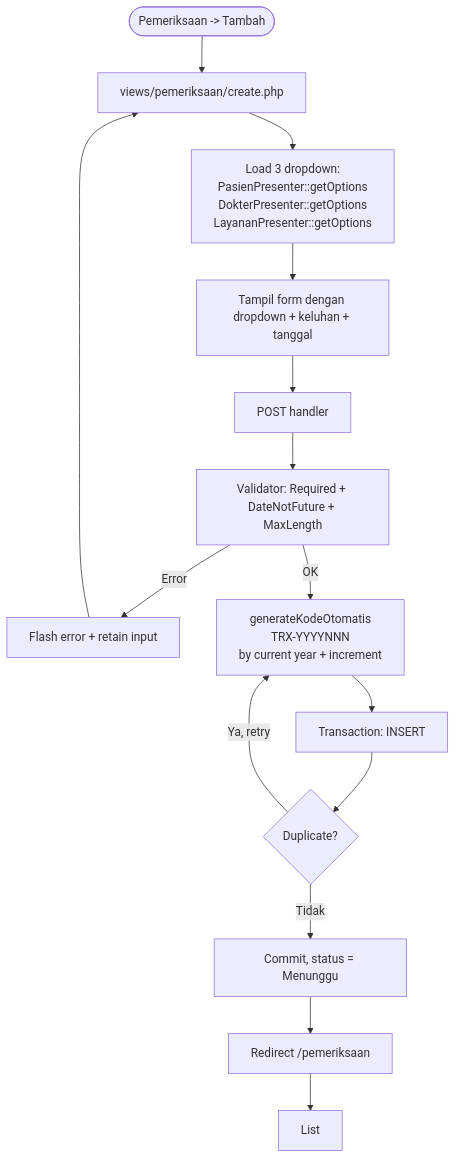
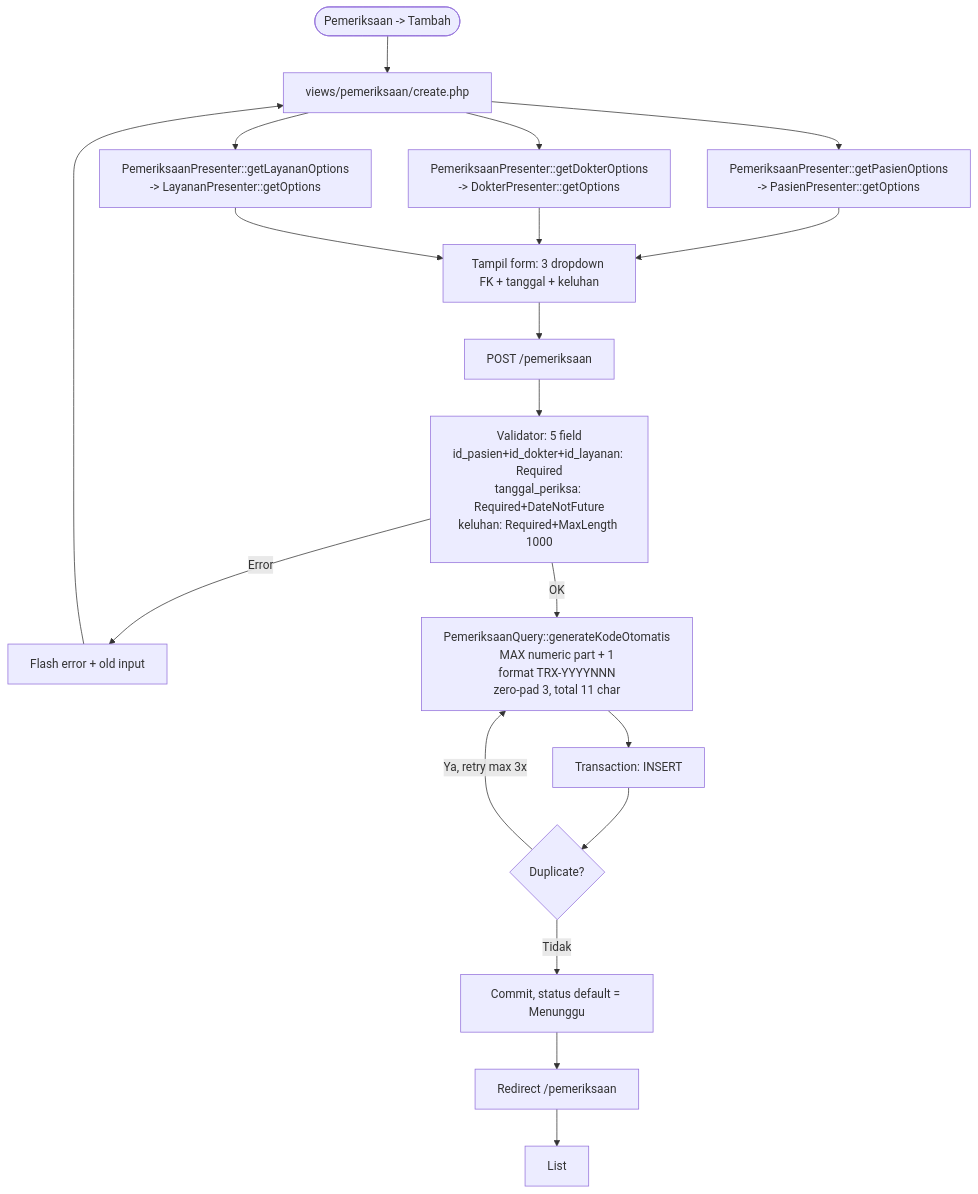
The sixth of 13 diagrams in docs/business-logic.md (TudeOrangBiasa/silk-swarakarna-uas), drawn with Mermaid before and after one commit. The commit also changed other lines of this file and 1 other file, not shown here.

First line of the commit message:
docs: full sync architecture + business-logic with codebase

````diff
--- a/docs/business-logic.md
+++ b/docs/business-logic.md
@@ -157,17 +187,19 @@
 ```mermaid
 flowchart TD
     Start([Pemeriksaan -> Tambah]) --> Form[views/pemeriksaan/create.php]
-    Form --> Load[Load 3 dropdown:<br/>PasienPresenter::getOptions<br/>DokterPresenter::getOptions<br/>LayananPresenter::getOptions]
-    Load --> Show[Tampil form dengan dropdown + keluhan + tanggal]
-    Show --> Submit[POST handler]
-    Submit --> Validate[Validator: Required + DateNotFuture + MaxLength]
-    Validate -->|Error| Err[Flash error + retain input]
+    Form --> Load[PemeriksaanPresenter::getPasienOptions<br/>-> PasienPresenter::getOptions]
+    Form --> Load2[PemeriksaanPresenter::getDokterOptions<br/>-> DokterPresenter::getOptions]
+    Form --> Load3[PemeriksaanPresenter::getLayananOptions<br/>-> LayananPresenter::getOptions]
+    Load & Load2 & Load3 --> Show[Tampil form: 3 dropdown FK + tanggal + keluhan]
+    Show --> Submit[POST /pemeriksaan]
+    Submit --> Validate[Validator: 5 field<br/>id_pasien+id_dokter+id_layanan: Required<br/>tanggal_periksa: Required+DateNotFuture<br/>keluhan: Required+MaxLength 1000]
+    Validate -->|Error| Err[Flash error + old input]
     Err --> Form
-    Validate -->|OK| GenCode[generateKodeOtomatis<br/>TRX-YYYYNNN<br/>by current year + increment]
+    Validate -->|OK| GenCode[PemeriksaanQuery::generateKodeOtomatis<br/>MAX numeric part + 1<br/>format TRX-YYYYNNN<br/>zero-pad 3, total 11 char]
     GenCode --> TryInsert[Transaction: INSERT]
     TryInsert --> Dup{Duplicate?}
-    Dup -->|Ya, retry| GenCode
-    Dup -->|Tidak| Insert[Commit, status = Menunggu]
+    Dup -->|Ya, retry max 3x| GenCode
+    Dup -->|Tidak| Insert[Commit, status default = Menunggu]
     Insert --> Redirect[Redirect /pemeriksaan]
     Redirect --> List
 ```
````
